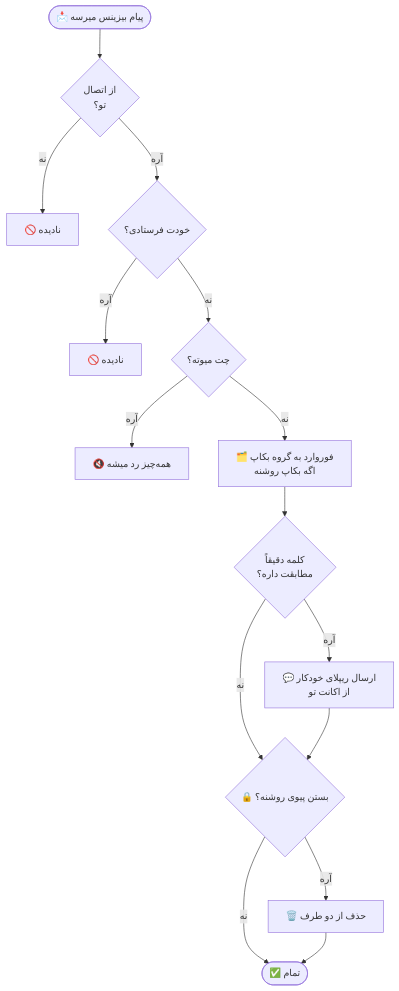
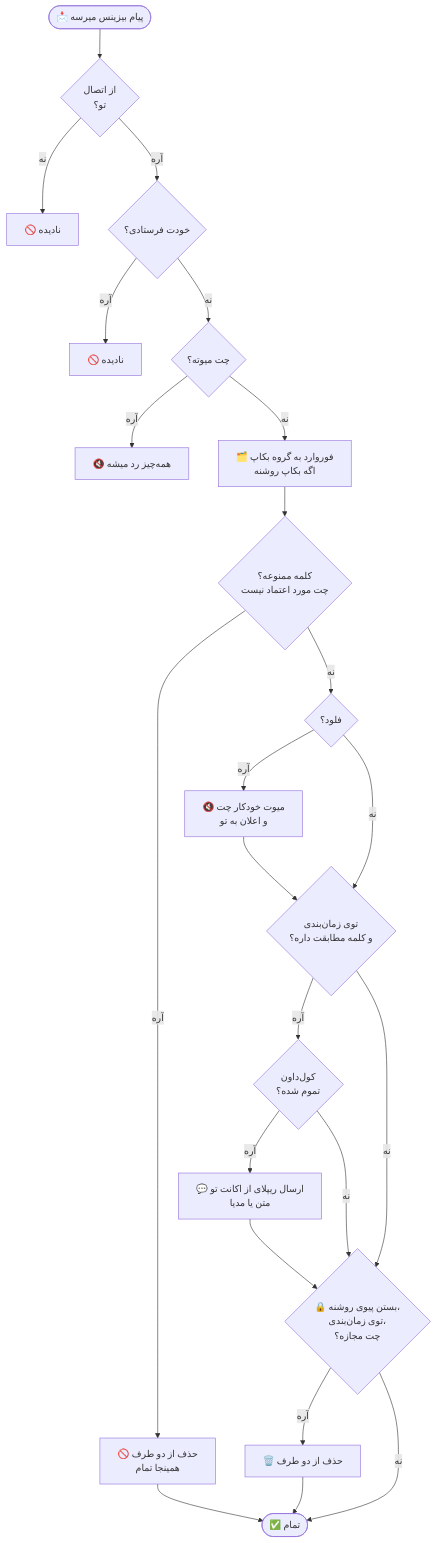
The second of 6 diagrams in README.fa.md (imhamiddev/Telegram-account-manager), drawn with Mermaid before and after one commit. The commit also changed other lines of this file, not shown here.

Commit message:
docs(readme-fa): refreshed flow chart, mind map and ER diagram

````diff
--- a/README.fa.md
+++ b/README.fa.md
@@ -114,17 +114,25 @@
 ```mermaid
 flowchart TD
     A([📩 پیام بیزینس میرسه]) --> B{از اتصال<br/>تو؟}
     B -- نه --> X1[🚫 نادیده]
     B -- آره --> C{خودت فرستادی؟}
     C -- آره --> X2[🚫 نادیده]
     C -- نه --> D{چت میوته؟}
     D -- آره --> X3[🔇 همه‌چیز رد میشه]
     D -- نه --> E[🗂️ فوروارد به گروه بکاپ<br/>اگه بکاپ روشنه]
-    E --> F{کلمه دقیقاً<br/>مطابقت داره؟}
-    F -- آره --> G[💬 ارسال ریپلای خودکار<br/>از اکانت تو]
+    E --> S{کلمه ممنوعه؟<br/>چت مورد اعتماد نیست}
+    S -- آره --> S1[🚫 حذف از دو طرف<br/>همینجا تمام]
+    S -- نه --> FL{فلود؟}
+    FL -- آره --> FM[🔇 میوت خودکار چت<br/>و اعلان به تو]
+    FL -- نه --> F
+    FM --> F{توی زمان‌بندی<br/>و کلمه مطابقت داره؟}
+    F -- آره --> CD{کول‌داون<br/>تموم شده؟}
+    CD -- آره --> G[💬 ارسال ریپلای از اکانت تو<br/>متن یا مدیا]
+    CD -- نه --> H
     F -- نه --> H
-    G --> H{🔒 بستن پیوی روشنه؟}
+    G --> H{🔒 بستن پیوی روشنه،<br/>توی زمان‌بندی،<br/>چت مجازه؟}
     H -- آره --> I[🗑️ حذف از دو طرف]
     H -- نه --> J([✅ تمام])
     I --> J
+    S1 --> J
 ```
````
